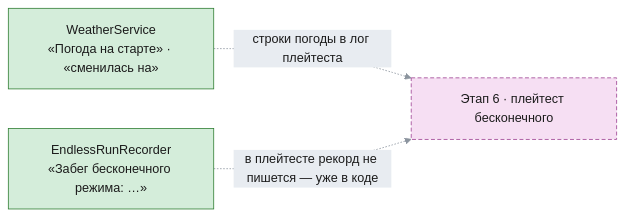
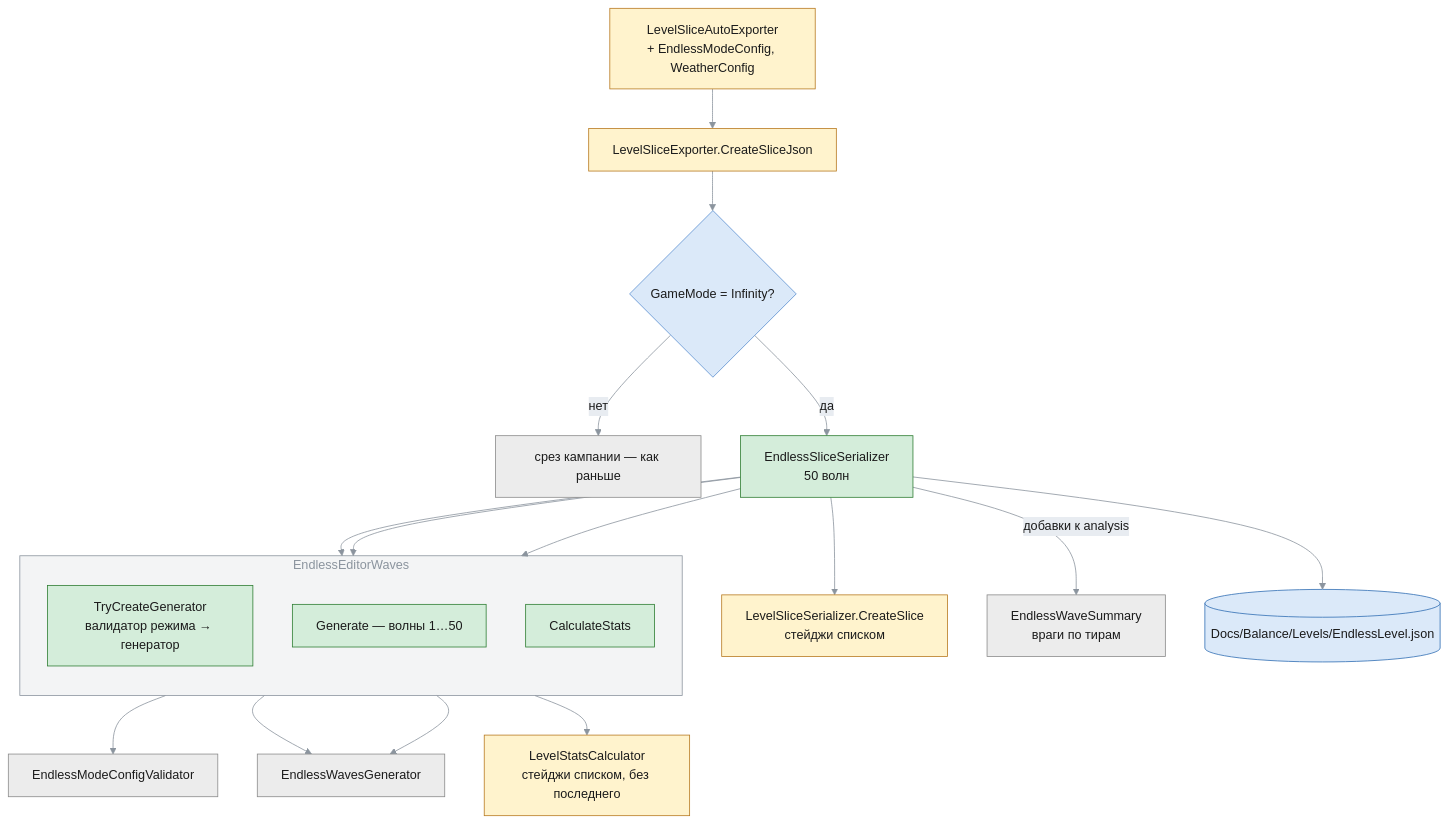
One commit to TheImperialGuard/KingdomStandTD changed diagram 32 of 35 in Docs/EndlessModeArchitecture.md. Above: the diagram before and after it, drawn with Mermaid. The commit also changed other lines of this file, not shown here.

Commit message:
docs(endless): Draw the slice, the import and the playtest of the endless level

````diff
--- a/Docs/EndlessModeArchitecture.md
+++ b/Docs/EndlessModeArchitecture.md
@@ -1066,12 +1072,39 @@
 ```mermaid
 %%{init: {"theme": "base", "themeVariables": {"primaryColor": "#dbe9f9", "primaryTextColor": "#1b1b1b", "primaryBorderColor": "#5b8fd1", "lineColor": "#8b949e", "textColor": "#8b949e", "edgeLabelBackground": "#e8ecf1", "clusterBkg": "rgba(139,148,158,0.10)", "clusterBorder": "#8b949e", "titleColor": "#8b949e"}}}%%
-flowchart LR
+flowchart TB
     classDef new fill:#d4edda,stroke:#2e7d32,color:#1b1b1b
     classDef changed fill:#fff3cd,stroke:#b7791f,color:#1b1b1b
+    classDef config fill:#dbe9f9,stroke:#2f6db3,color:#1b1b1b
     classDef old fill:#ececec,stroke:#8a8a8a,color:#1b1b1b
-    classDef future fill:#f6dff3,stroke:#9c3f91,color:#1b1b1b,stroke-dasharray:5 3
 
-    Slice["Этап 6 · плейтест бесконечного"]:::future
-    Weather["WeatherService<br/>«Погода на старте» · «сменилась на»"]:::new -.->|строки погоды в лог плейтеста| Slice
-    Recorder["EndlessRunRecorder<br/>«Забег бесконечного режима: …»"]:::new -.->|в плейтесте рекорд не пишется — уже в коде| Slice
+    Auto["LevelSliceAutoExporter<br/>+ EndlessModeConfig, WeatherConfig"]:::changed
+    Exporter["LevelSliceExporter.CreateSliceJson"]:::changed
+    Branch{"GameMode = Infinity?"}
+    Campaign["срез кампании — как раньше"]:::old
+    Serializer["EndlessSliceSerializer<br/>50 волн"]:::new
+
+    subgraph WAVES["EndlessEditorWaves"]
+        direction TB
+        Try["TryCreateGenerator<br/>валидатор режима → генератор"]:::new
+        Generate["Generate — волны 1…50"]:::new
+        Stats["CalculateStats"]:::new
+    end
+
+    Validator["EndlessModeConfigValidator"]:::old
+    Gen["EndlessWavesGenerator"]:::old
+    Calc["LevelStatsCalculator<br/>стейджи списком, без последнего"]:::changed
+    Slice["LevelSliceSerializer.CreateSlice<br/>стейджи списком"]:::changed
+    Summary["EndlessWaveSummary<br/>враги по тирам"]:::old
+    Json[("Docs/Balance/Levels/EndlessLevel.json")]:::config
+
+    Auto --> Exporter --> Branch
+    Branch -->|нет| Campaign
+    Branch -->|да| Serializer
+    Serializer --> Try --> Validator
+    Try --> Gen
+    Serializer --> Generate --> Gen
+    Serializer --> Stats --> Calc
+    Serializer --> Slice
+    Serializer -->|добавки к analysis| Summary
+    Serializer --> Json
 ```
````
